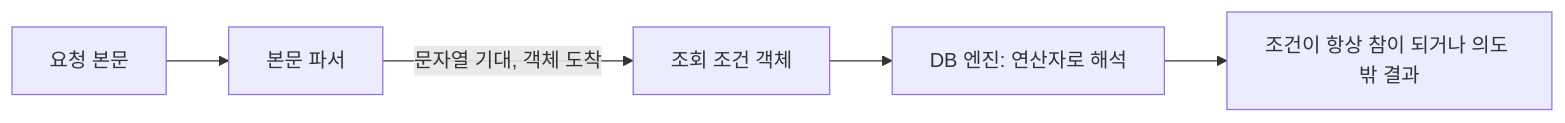
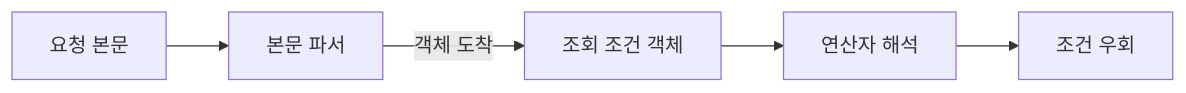
Before and after one commit to logiciris/logiciris.github.io: the diagram in _notes/nosql-injection.md, drawn with Mermaid. The commit also changed 28 other files, not shown here.

Commit message:
Notes batches 1-2: qa fixes (accuracy, links, mermaid labels)

````diff
--- a/_notes/nosql-injection.md
+++ b/_notes/nosql-injection.md
@@ -22,7 +22,7 @@
 ```mermaid
 flowchart LR
     R["요청 본문"] --> P["본문 파서"]
-    P -->|"문자열 기대, 객체 도착"| Q["조회 조건 객체"]
-    Q --> DB["DB 엔진: 연산자로 해석"]
-    DB --> O["조건이 항상 참이 되거나 의도 밖 결과"]
+    P -->|"객체 도착"| Q["조회 조건 객체"]
+    Q --> DB["연산자 해석"]
+    DB --> O["조건 우회"]
 ```
````
